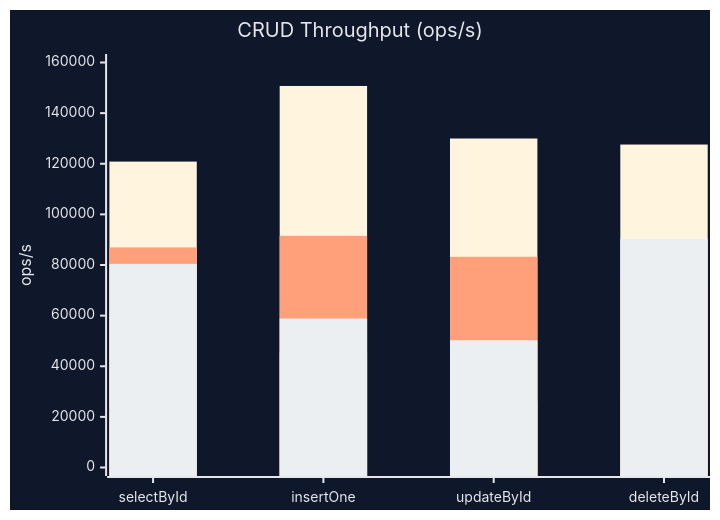
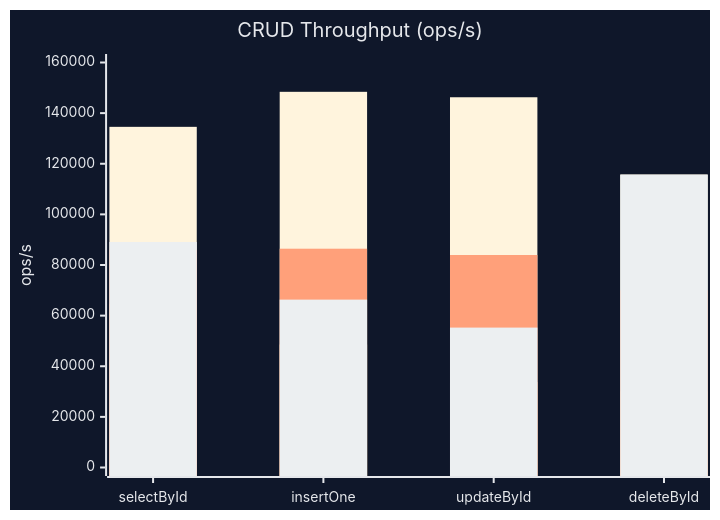
The first of 2 diagrams in README.md (nicleo779/kora), drawn with Mermaid before and after one commit. The commit also changed other lines of this file and 80 other files, not shown here.

````diff
--- a/README.md
+++ b/README.md
@@ -535,11 +564,11 @@
 ```mermaid
 %%{init: {"theme":"base","themeVariables":{"background":"#0f172a","primaryColor":"#2563eb","secondaryColor":"#f97316","tertiaryColor":"#22c55e","primaryTextColor":"#e5e7eb","secondaryTextColor":"#e5e7eb","tertiaryTextColor":"#e5e7eb","lineColor":"#94a3b8","textColor":"#e5e7eb","mainBkg":"#0f172a","fontFamily":"ui-sans-serif"}}}%%
 xychart-beta
     title "CRUD Throughput (ops/s)"
     x-axis ["selectById", "insertOne", "updateById", "deleteById"]
     y-axis "ops/s" 0 --> 160000
-    bar [120853, 150727, 129970, 127589]
-    bar [59486, 45405, 26389, 27823]
-    bar [86938, 91497, 83239, 73486]
-    bar [80444, 58857, 50276, 90250]
+    bar [134580, 148417, 146268, 115752]
+    bar [64547, 48575, 33746, 30105]
+    bar [86022, 86435, 83948, 69978]
+    bar [89088, 66321, 55267, 115694]
 ```
````
